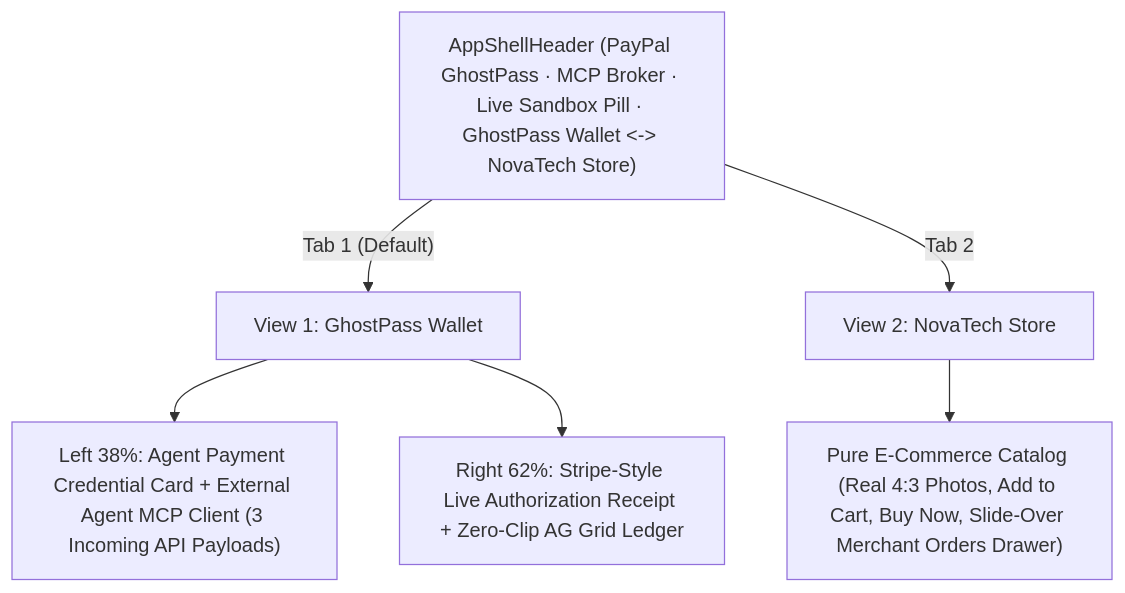
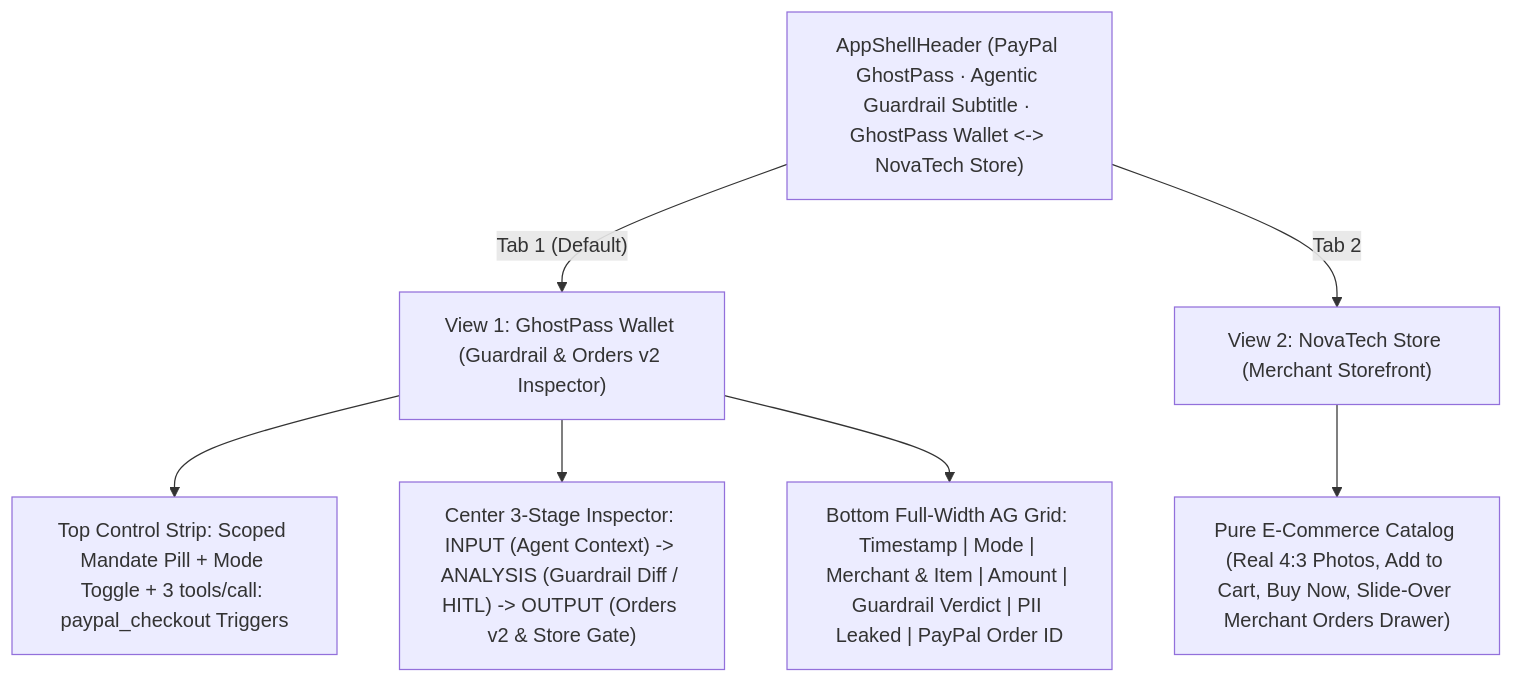
One commit to bhargava562/paypass-agent changed the diagram in docs/03-UI-UX-AND-DEMO-BLUEPRINT.md. Above: the diagram before and after it, drawn with Mermaid. The commit also changed other lines of this file and 3 other files, not shown here.

Commit message:
refactor(ui): engineering-grade 3-stage MCP Context, Guardrail Diff, and PayPal Orders v2 inspector

````diff
--- a/docs/03-UI-UX-AND-DEMO-BLUEPRINT.md
+++ b/docs/03-UI-UX-AND-DEMO-BLUEPRINT.md
@@ -9,11 +9,12 @@
 ```mermaid
 flowchart TD
-    Shell["AppShellHeader (PayPal GhostPass · MCP Broker · Live Sandbox Pill · GhostPass Wallet <-> NovaTech Store)"]
-    Shell -->|"Tab 1 (Default)"| Wallet["View 1: GhostPass Wallet"]
-    Shell -->|"Tab 2"| Store["View 2: NovaTech Store"]
+    Shell["AppShellHeader (PayPal GhostPass · Agentic Guardrail Subtitle · GhostPass Wallet <-> NovaTech Store)"]
+    Shell -->|"Tab 1 (Default)"| Wallet["View 1: GhostPass Wallet (Guardrail & Orders v2 Inspector)"]
+    Shell -->|"Tab 2"| Store["View 2: NovaTech Store (Merchant Storefront)"]
 
-    Wallet --> Left["Left 38%: Agent Payment Credential Card + External Agent MCP Client (3 Incoming API Payloads)"]
-    Wallet --> Right["Right 62%: Stripe-Style Live Authorization Receipt + Zero-Clip AG Grid Ledger"]
+    Wallet --> Strip["Top Control Strip: Scoped Mandate Pill + Mode Toggle + 3 tools/call: paypal_checkout Triggers"]
+    Wallet --> Diff["Center 3-Stage Inspector: INPUT (Agent Context) -> ANALYSIS (Guardrail Diff / HITL) -> OUTPUT (Orders v2 & Store Gate)"]
+    Wallet --> Ledger["Bottom Full-Width AG Grid: Timestamp | Mode | Merchant & Item | Amount | Guardrail Verdict | PII Leaked | PayPal Order ID"]
 
     Store --> Retail["Pure E-Commerce Catalog (Real 4:3 Photos, Add to Cart, Buy Now, Slide-Over Merchant Orders Drawer)"]
 ```
````
